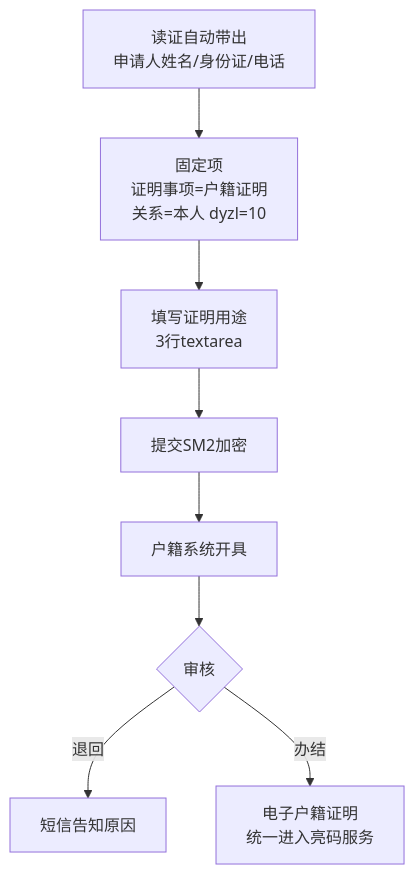
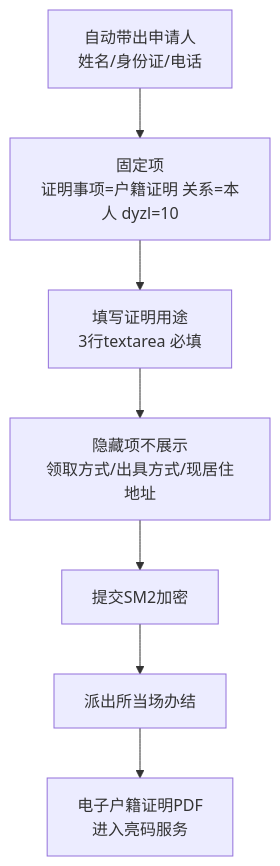
The third of 9 diagrams in 户政业务功能说明.md (ikid-zhang/linzhi-miniprogram-prototype), drawn with Mermaid before and after one commit. The commit also changed other lines of this file and 1 other file, not shown here.

````diff
--- a/户政业务功能说明.md
+++ b/户政业务功能说明.md
@@ -278,9 +346,8 @@
 ```mermaid
 flowchart TD
-    A[读证自动带出<br/>申请人姓名/身份证/电话] --> B[固定项<br/>证明事项=户籍证明<br/>关系=本人 dyzl=10]
-    B --> C[填写证明用途<br/>3行textarea]
-    C --> D[提交SM2加密] --> E[户籍系统开具]
-    E --> F{审核}
-    F -->|退回| R[短信告知原因]
-    F -->|办结| G[电子户籍证明<br/>统一进入亮码服务]
+    A[自动带出申请人<br/>姓名/身份证/电话] --> B[固定项<br/>证明事项=户籍证明 关系=本人 dyzl=10]
+    B --> C[填写证明用途<br/>3行textarea 必填]
+    C --> D[隐藏项不展示<br/>领取方式/出具方式/现居住地址]
+    D --> E[提交SM2加密] --> F[派出所当场办结]
+    F --> G[电子户籍证明PDF<br/>进入亮码服务]
 ```
````
